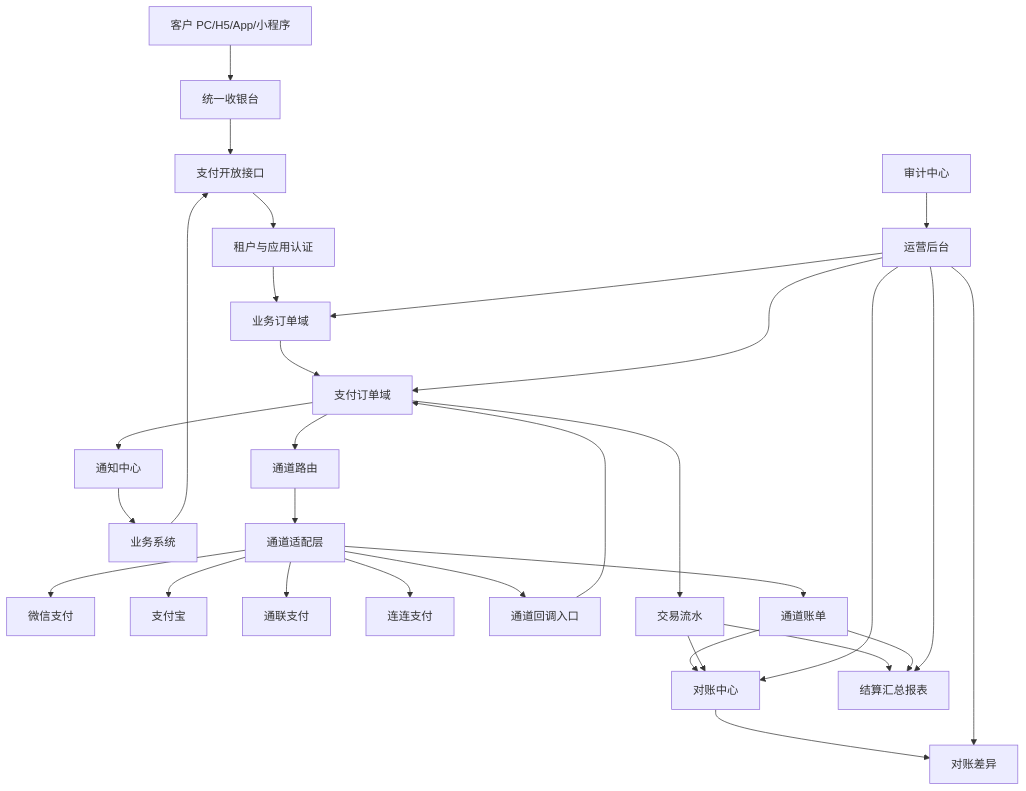
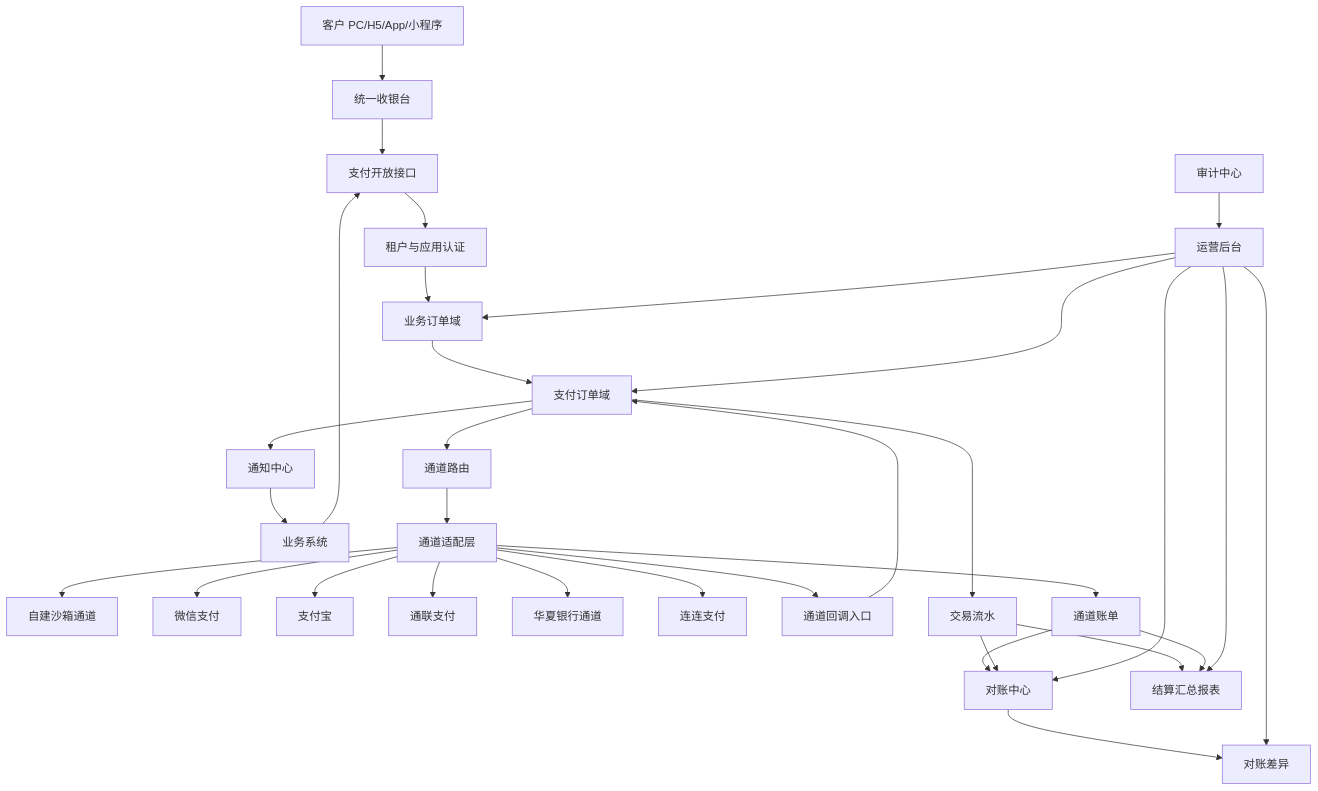
One commit to HardyDou/mango changed the first of 2 diagrams in mango-docs/designs/统一支付系统设计说明书.md. Above: the diagram before and after it, drawn with Mermaid. The commit also changed other lines of this file and 3 other files, not shown here.

````diff
--- a/mango-docs/designs/统一支付系统设计说明书.md
+++ b/mango-docs/designs/统一支付系统设计说明书.md
@@ -141,36 +167,38 @@
 ```mermaid
 graph TD
     Customer[客户 PC/H5/App/小程序] --> Cashier[统一收银台]
     Biz[业务系统] --> OpenAPI[支付开放接口]
     Cashier --> OpenAPI
 
     OpenAPI --> Auth[租户与应用认证]
     Auth --> BizOrder[业务订单域]
     BizOrder --> PayOrder[支付订单域]
     PayOrder --> ChannelRoute[通道路由]
     ChannelRoute --> Adapter[通道适配层]
+    Adapter --> Sandbox[自建沙箱通道]
     Adapter --> Wechat[微信支付]
     Adapter --> Alipay[支付宝]
     Adapter --> Allinpay[通联支付]
+    Adapter --> Huaxia[华夏银行通道]
     Adapter --> Lianlian[连连支付]
 
     Adapter --> Callback[通道回调入口]
     Callback --> PayOrder
     PayOrder --> Notify[通知中心]
     Notify --> Biz
 
     PayOrder --> Flow[交易流水]
     Adapter --> ChannelBill[通道账单]
     ChannelBill --> Reconcile[对账中心]
     Flow --> Reconcile
     Reconcile --> Diff[对账差异]
     Flow --> SettlementSummary[结算汇总报表]
     ChannelBill --> SettlementSummary
 
     Ops[运营后台] --> BizOrder
     Ops --> PayOrder
     Ops --> Reconcile
     Ops --> Diff
     Ops --> SettlementSummary
     Audit[审计中心] --> Ops
 ```
````
